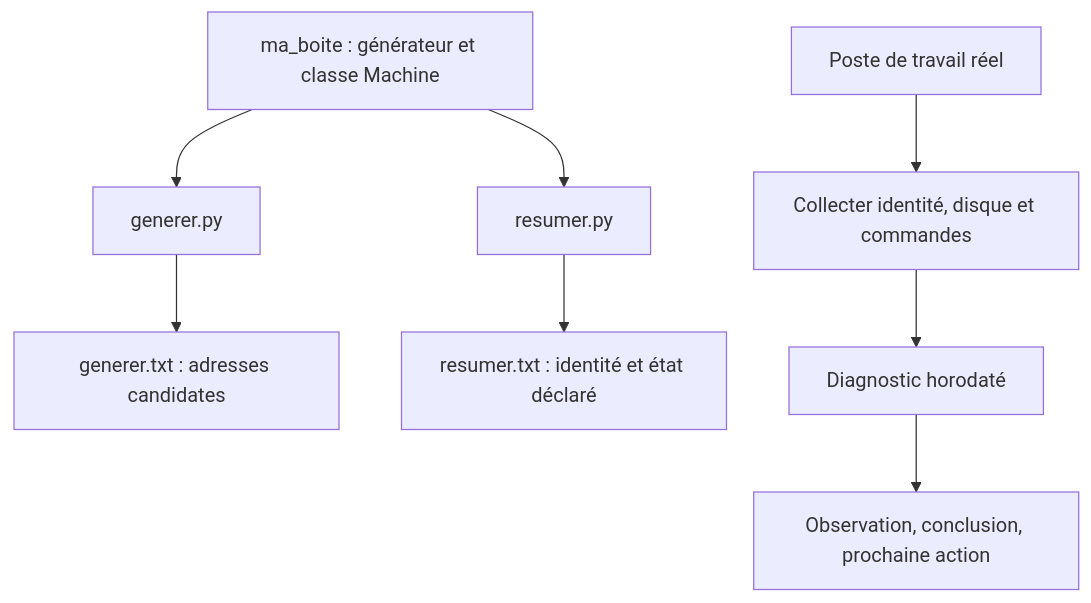
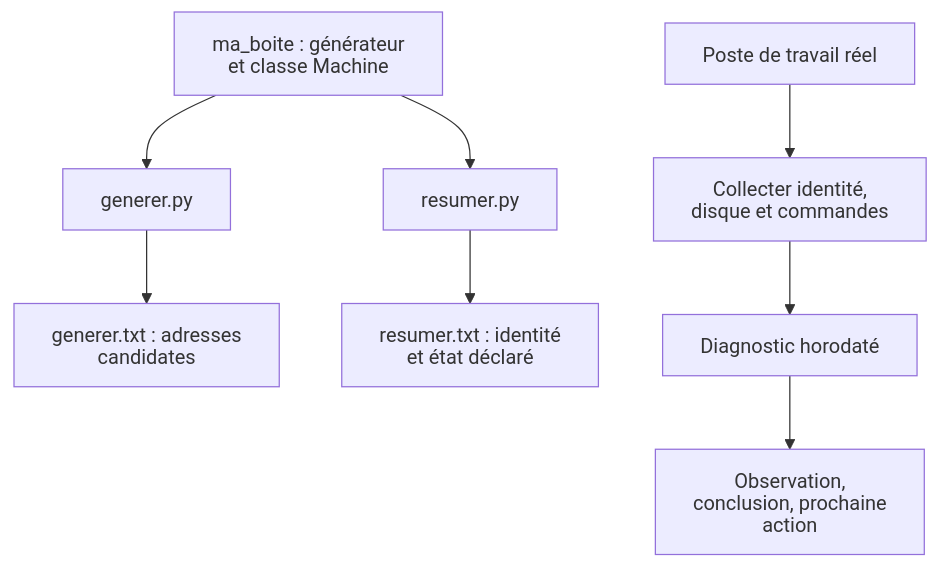
The first of 2 diagrams in ateliers/03/README.md (lapeyrade/formation-python), drawn with Mermaid before and after one commit. The commit also changed other lines of this file and 17 other files, not shown here.

````diff
--- a/ateliers/03/README.md
+++ b/ateliers/03/README.md
@@ -14,12 +16,13 @@
 ```mermaid
+%%{init: {"htmlLabels": false, "flowchart": {"htmlLabels": false}}}%%
 flowchart TD
   accTitle: Réutiliser une bibliothèque et observer le poste
   accDescr: Les deux clients generer et resumer importent la même bibliothèque ma_boite. Une branche indépendante collecte les observations du poste et produit le diagnostic puis son interprétation.
-  B["ma_boite : générateur et classe Machine"] --> G["generer.py"]
+  B["ma_boite : générateur<br/>et classe Machine"] --> G["generer.py"]
   B --> R["resumer.py"]
-  G --> A["generer.txt : adresses candidates"]
-  R --> T["resumer.txt : identité et état déclaré"]
-  P["Poste de travail réel"] --> C["Collecter identité, disque et commandes"]
+  G --> A["generer.txt : adresses<br/>candidates"]
+  R --> T["resumer.txt : identité<br/>et état déclaré"]
+  P["Poste de travail réel"] --> C["Collecter identité,<br/>disque et commandes"]
   C --> D["Diagnostic horodaté"]
-  D --> I["Observation, conclusion, prochaine action"]
+  D --> I["Observation,<br/>conclusion, prochaine<br/>action"]
 ```
````
